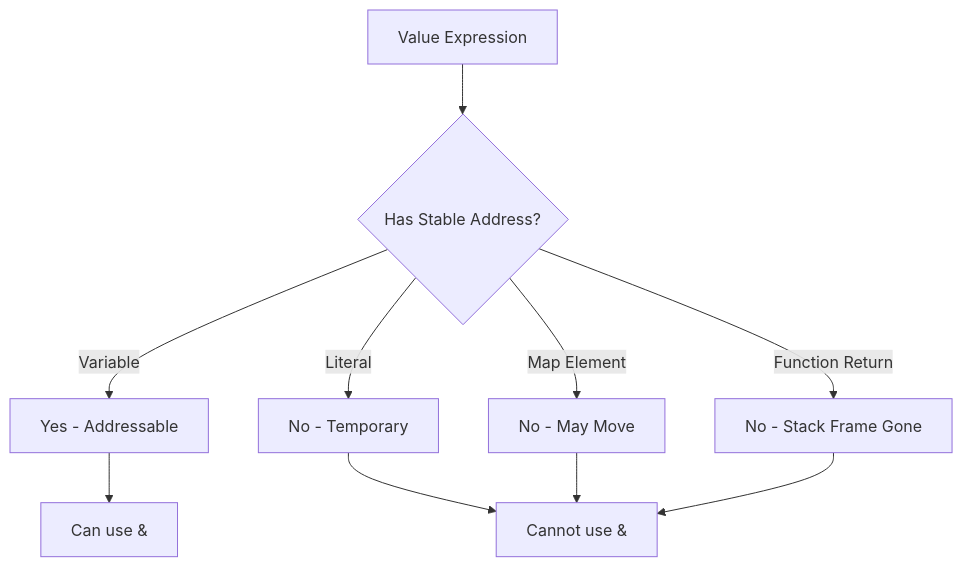
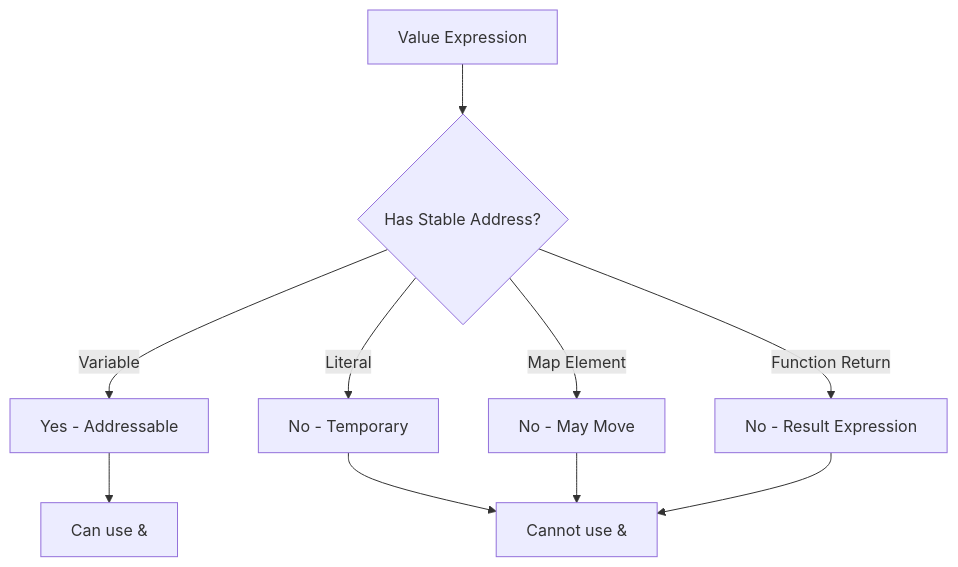
Before and after one commit to OneUptime/blog: the diagram in posts/2026-01-23-go-cannot-take-address/README.md, drawn with Mermaid. The commit also changed other lines of this file and 4262 other files, not shown here.

````diff
--- a/posts/2026-01-23-go-cannot-take-address/README.md
+++ b/posts/2026-01-23-go-cannot-take-address/README.md
@@ -335,12 +335,12 @@
 ```mermaid
 graph TD
     A[Value Expression] --> B{Has Stable Address?}
     B -->|Variable| C[Yes - Addressable]
     B -->|Literal| D[No - Temporary]
     B -->|Map Element| E[No - May Move]
-    B -->|Function Return| F[No - Stack Frame Gone]
+    B -->|Function Return| F[No - Result Expression]
     C --> G[Can use &]
     D --> H[Cannot use &]
     E --> H
     F --> H
 ```
````
